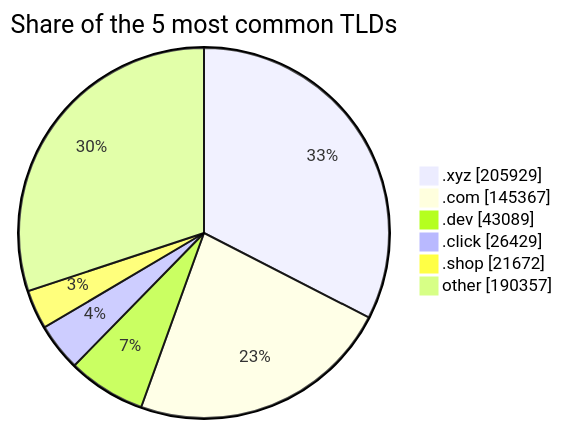
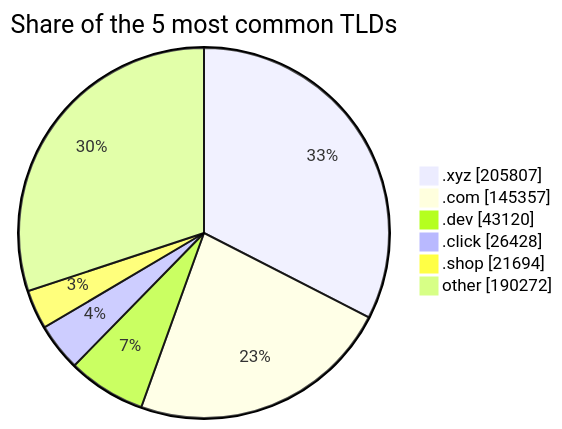
Before and after one commit to DNSBunker/CTI: the third of 3 diagrams in README.md, drawn with Mermaid. The commit also changed other lines of this file and 3 other files, not shown here.

````diff
--- a/README.md
+++ b/README.md
@@ -81,9 +81,9 @@
 ```mermaid
 pie showData title Share of the 5 most common TLDs
-    ".xyz" : 205929
-    ".com" : 145367
-    ".dev" : 43089
-    ".click" : 26429
-    ".shop" : 21672
-    "other" : 190357
+    ".xyz" : 205807
+    ".com" : 145357
+    ".dev" : 43120
+    ".click" : 26428
+    ".shop" : 21694
+    "other" : 190272
 ```
````
